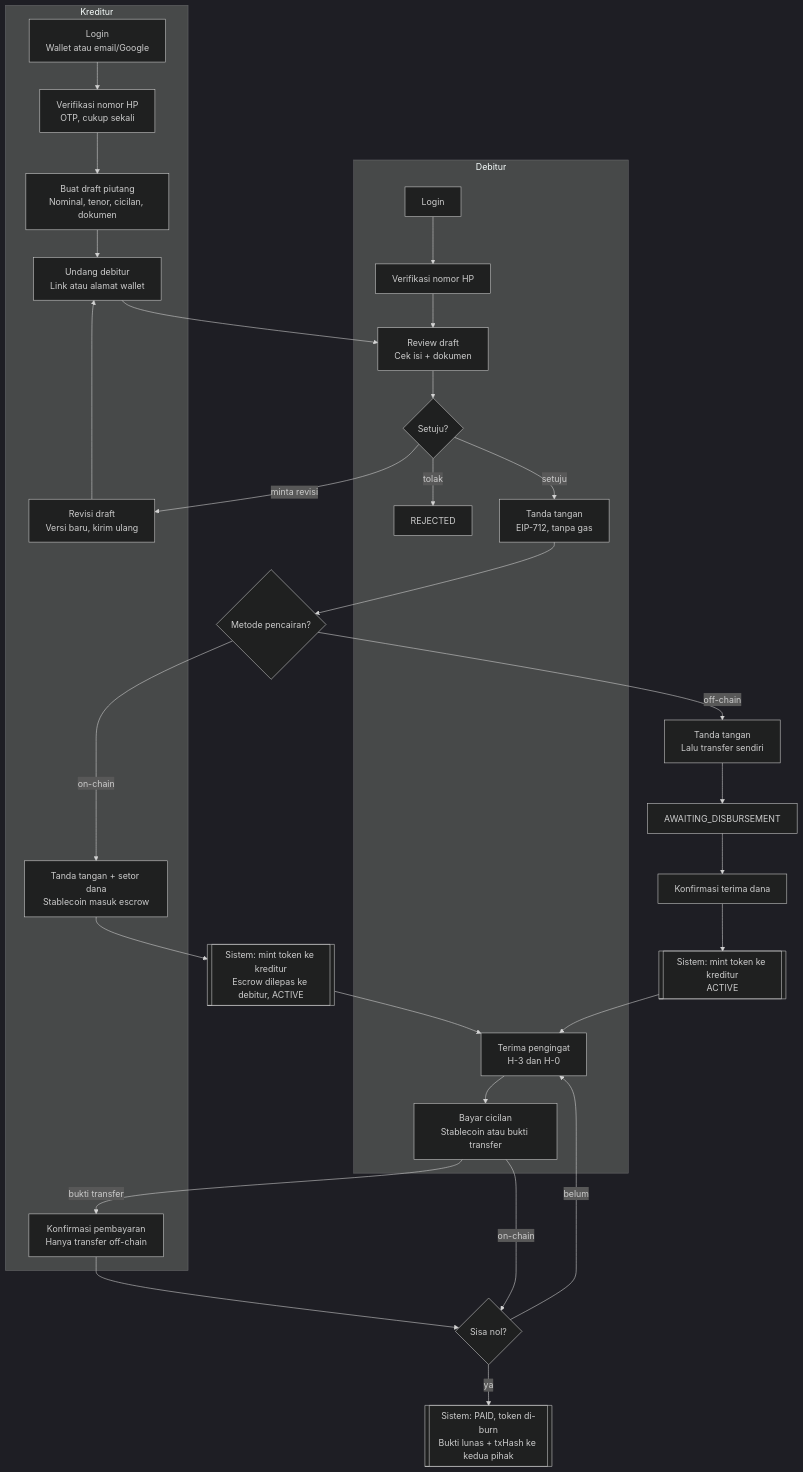
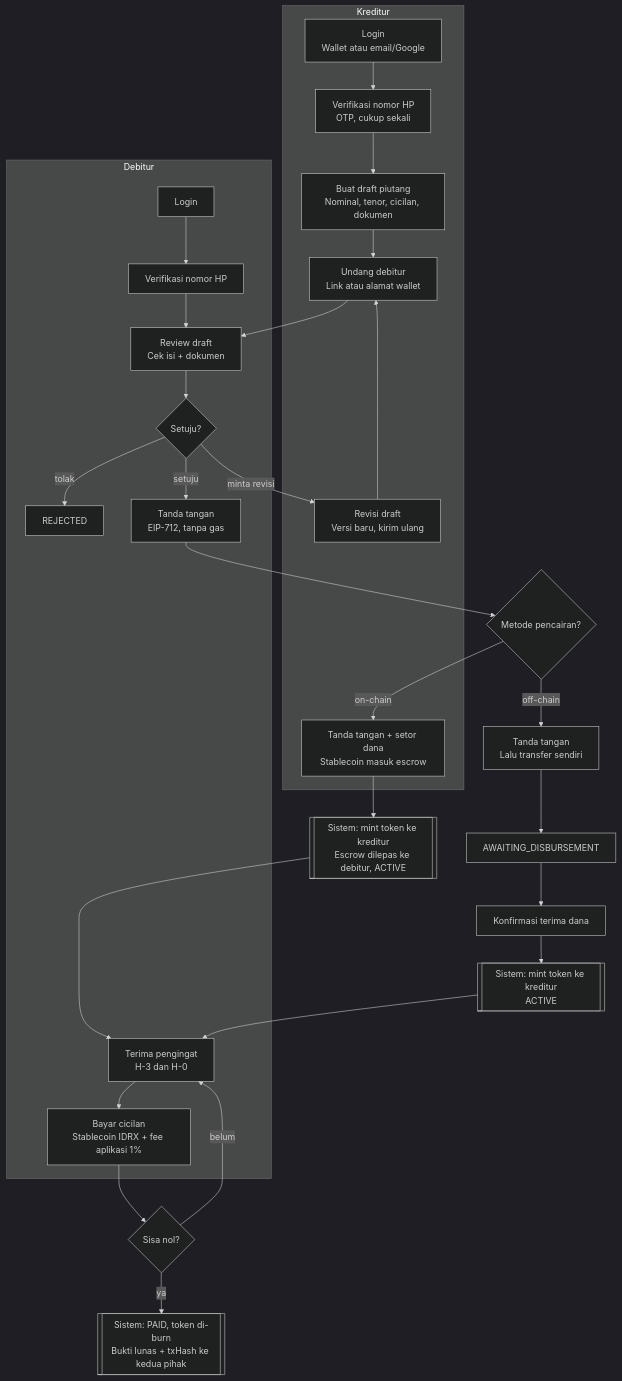
One commit to k41ts/collatera changed the diagram in docs/02-USER-FLOW.md. Above: the diagram before and after it, drawn with Mermaid (dark theme). The commit also changed 41 other files, not shown here.

First line of the commit message:
feat: redesign Collatera hitam putih, hapus bayar transfer bank, fee aplikasi

````diff
--- a/docs/02-USER-FLOW.md
+++ b/docs/02-USER-FLOW.md
@@ -7,37 +7,34 @@
 ```mermaid
 flowchart TD
     subgraph K[Kreditur]
         K1[Login<br/>Wallet atau email/Google] --> K2[Verifikasi nomor HP<br/>OTP, cukup sekali]
         K2 --> K3[Buat draft piutang<br/>Nominal, tenor, cicilan, dokumen]
         K3 --> K4[Undang debitur<br/>Link atau alamat wallet]
         K5[Revisi draft<br/>Versi baru, kirim ulang] --> K4
         K6[Tanda tangan + setor dana<br/>Stablecoin masuk escrow]
-        K7[Konfirmasi pembayaran<br/>Hanya transfer off-chain]
     end
 
     subgraph D[Debitur]
         D1[Login] --> D2[Verifikasi nomor HP]
         D2 --> D3[Review draft<br/>Cek isi + dokumen]
         D3 --> D4{Setuju?}
         D4 -- minta revisi --> K5
         D4 -- tolak --> R[REJECTED]
         D4 -- setuju --> D5[Tanda tangan<br/>EIP-712, tanpa gas]
-        D6[Terima pengingat<br/>H-3 dan H-0] --> D7[Bayar cicilan<br/>Stablecoin atau bukti transfer]
+        D6[Terima pengingat<br/>H-3 dan H-0] --> D7[Bayar cicilan<br/>Stablecoin IDRX + fee aplikasi 1%]
     end
 
     K4 --> D3
     D5 --> M{Metode pencairan?}
     M -- on-chain --> K6
     K6 --> S1[[Sistem: mint token ke kreditur<br/>Escrow dilepas ke debitur, ACTIVE]]
     M -- off-chain --> K8[Tanda tangan<br/>Lalu transfer sendiri]
     K8 --> AW[AWAITING_DISBURSEMENT]
     AW --> D8[Konfirmasi terima dana]
     D8 --> S3[[Sistem: mint token ke kreditur<br/>ACTIVE]]
     S1 --> D6
     S3 --> D6
-    D7 -- bukti transfer --> K7
-    K7 --> C{Sisa nol?}
-    D7 -- on-chain --> C
+    D7 --> C{Sisa nol?}
     C -- belum --> D6
     C -- ya --> S2[[Sistem: PAID, token di-burn<br/>Bukti lunas + txHash ke kedua pihak]]
 ```
````
